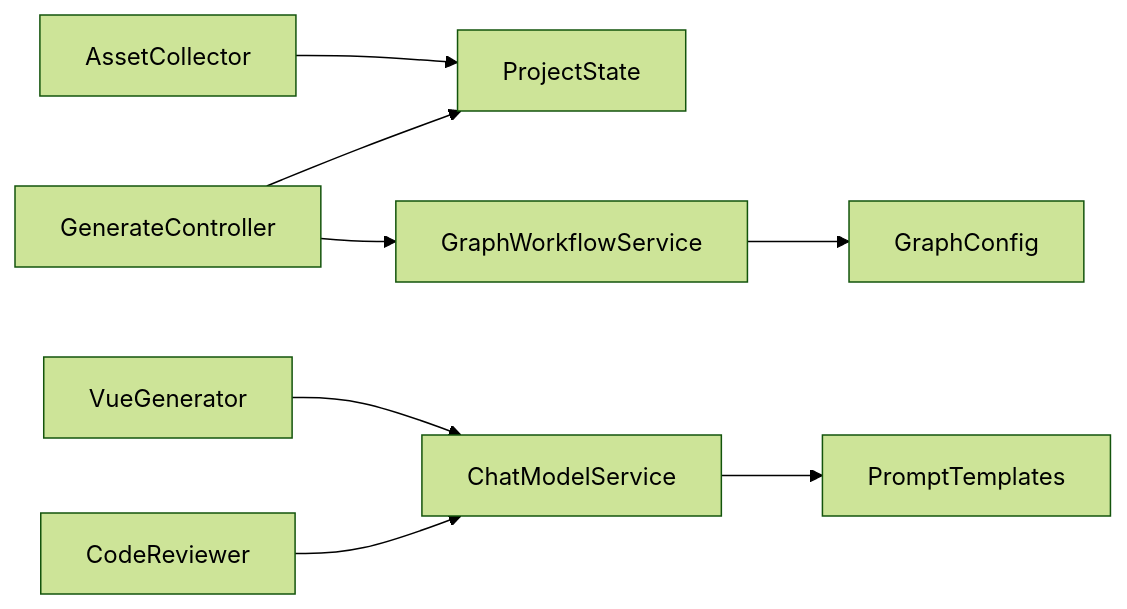
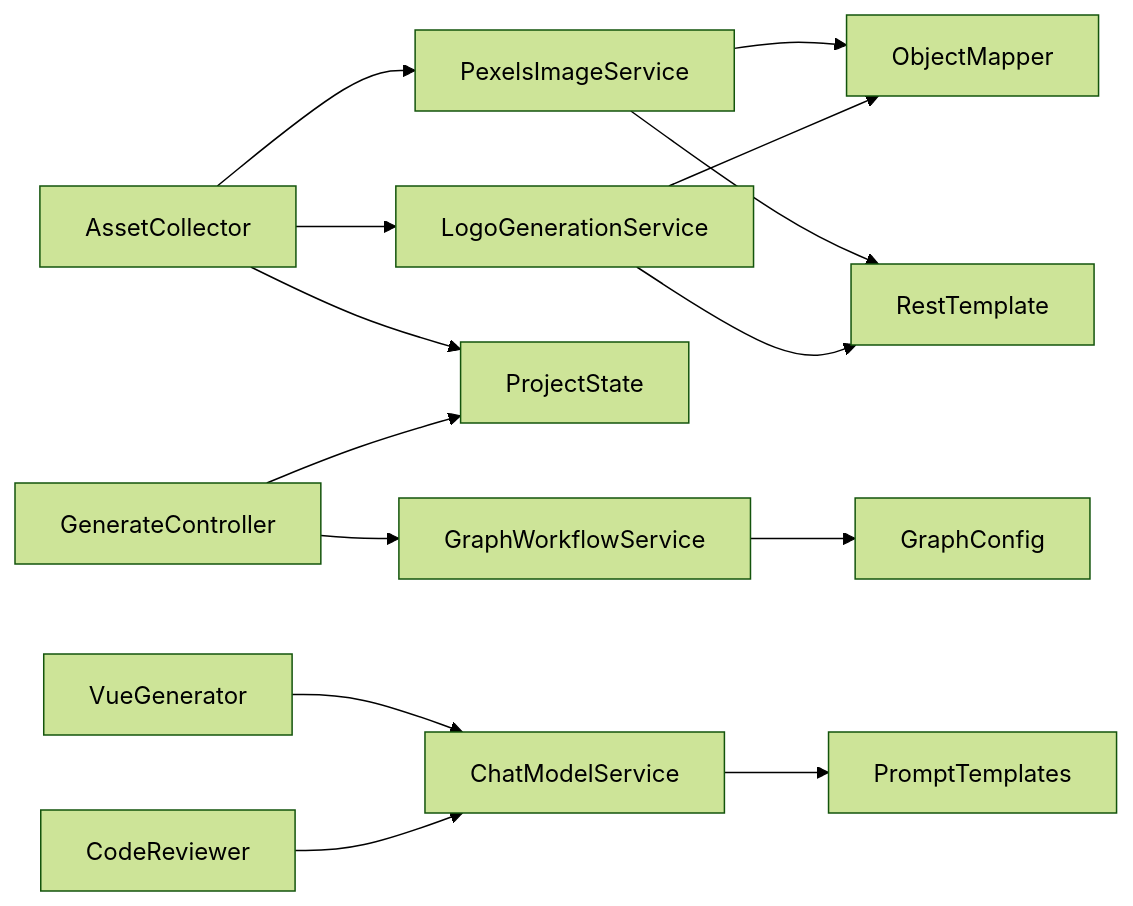
One commit to CyanYuKi/WebSiteFrontendCodeMother changed the eighth of 8 diagrams in .qoder/repowiki/zh/content/AI工作流系统/AI节点分析/素材收集节点.md. Above: the diagram before and after it, drawn with Mermaid (forest theme). The commit also changed other lines of this file and 21 other files, not shown here.

````diff
--- a/.qoder/repowiki/zh/content/AI工作流系统/AI节点分析/素材收集节点.md
+++ b/.qoder/repowiki/zh/content/AI工作流系统/AI节点分析/素材收集节点.md
@@ -312,10 +445,16 @@
 ```mermaid
 graph LR
-AC["AssetCollector"] --> PS["ProjectState"]
+AC["AssetCollector"] --> PIS["PexelsImageService"]
+AC --> LGS["LogoGenerationService"]
+AC --> PS["ProjectState"]
 VG["VueGenerator"] --> CMS["ChatModelService"]
 CR["CodeReviewer"] --> CMS
 CMS --> PT["PromptTemplates"]
 GWS["GraphWorkflowService"] --> GC["GraphConfig"]
 CTRL["GenerateController"] --> GWS
 CTRL --> PS
+PIS --> RT["RestTemplate"]
+PIS --> OM["ObjectMapper"]
+LGS --> RT
+LGS --> OM
 ```
````
